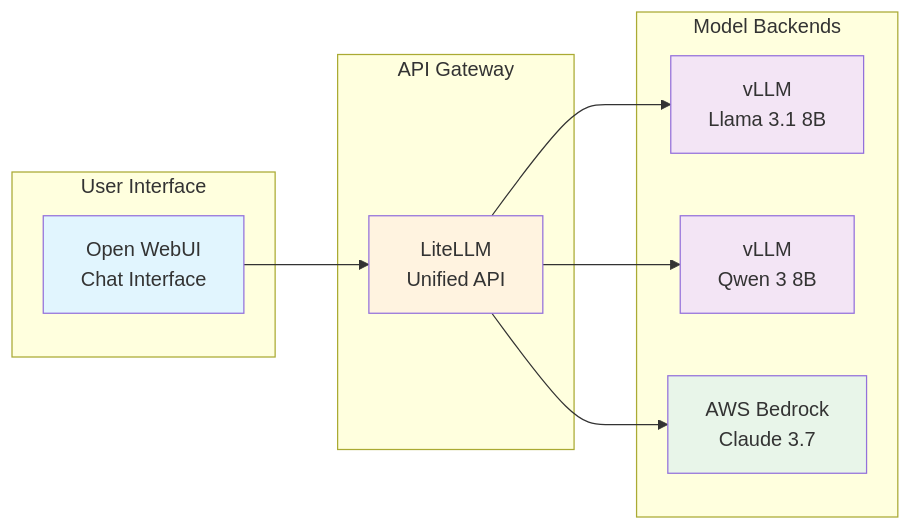
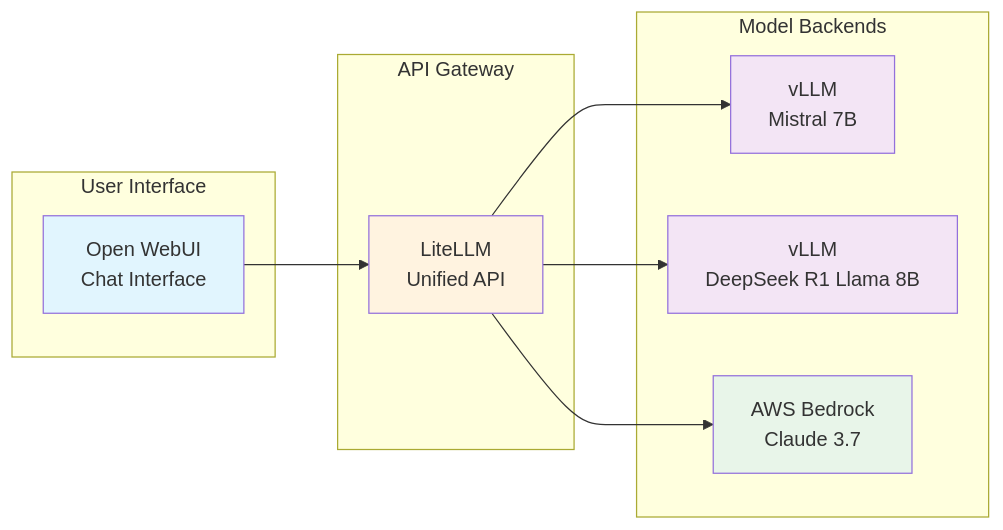
One commit to aws-samples/sample-genai-on-eks-starter-kit changed the diagram in workshops/eks-genai-workshop/content/module1-interacting-with-models/index.en.md. Above: the diagram before and after it, drawn with Mermaid. The commit also changed other lines of this file and 20 other files, not shown here.

````diff
--- a/workshops/eks-genai-workshop/content/module1-interacting-with-models/index.en.md
+++ b/workshops/eks-genai-workshop/content/module1-interacting-with-models/index.en.md
@@ -33,27 +33,27 @@
 ```mermaid
 graph LR
     subgraph "User Interface"
         UI[Open WebUI<br/>Chat Interface]
     end
     
     subgraph "API Gateway"
         LLM[LiteLLM<br/>Unified API]
     end
     
     subgraph "Model Backends"
-        VLLM[vLLM<br/>Llama 3.1 8B]
-        VLLMQ[vLLM<br/>Qwen 3 8B]
+        VLLM[vLLM<br/>Mistral 7B]
+        VLLMQ[vLLM<br/>DeepSeek R1 Llama 8B]
         BEDROCK[AWS Bedrock<br/>Claude 3.7]
     end
     
     UI --> LLM
     LLM --> VLLM
     LLM --> VLLMQ
     LLM --> BEDROCK
     
     style UI fill:#e1f5fe
     style LLM fill:#fff3e0
     style VLLM fill:#f3e5f5
     style VLLMQ fill:#f3e5f5
     style BEDROCK fill:#e8f5e9
 ```
````
